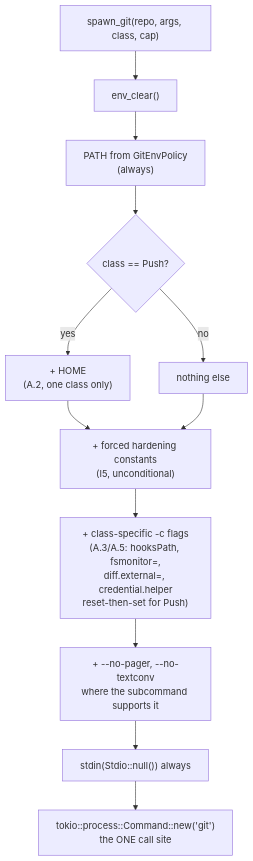
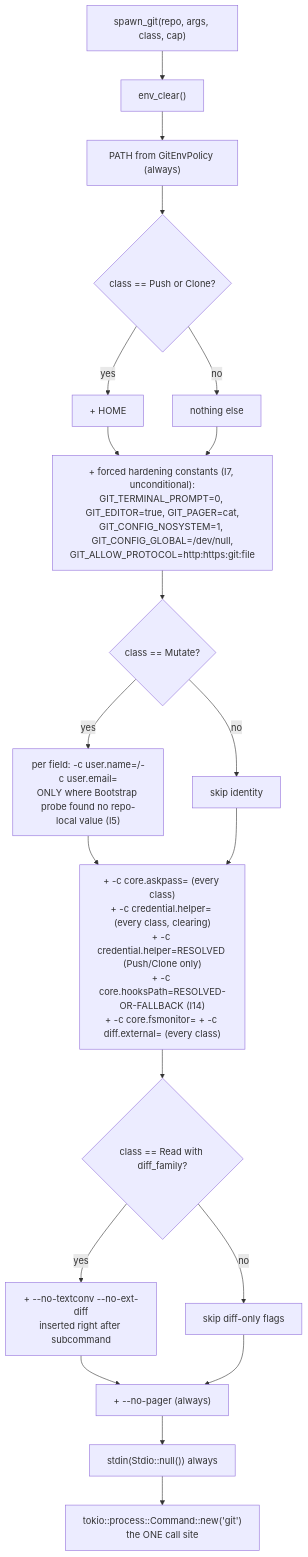
The second of 6 diagrams in docs/superpowers/specs/2026-07-27-m1.13-git-process-policy-design.md (tom2025b/git-vista), drawn with Mermaid before and after one commit. The commit also changed other lines of this file, not shown here.

````diff
--- a/docs/superpowers/specs/2026-07-27-m1.13-git-process-policy-design.md
+++ b/docs/superpowers/specs/2026-07-27-m1.13-git-process-policy-design.md
@@ -183,14 +316,22 @@
 ```mermaid
 flowchart TD
     A["spawn_git(repo, args, class, cap)"] --> B["env_clear()"]
-    B --> C["PATH from GitEnvPolicy<br/>(always)"]
-    C --> D{"class == Push?"}
-    D -- yes --> E["+ HOME<br/>(A.2, one class only)"]
+    B --> C["PATH from GitEnvPolicy (always)"]
+    C --> D{"class == Push or Clone?"}
+    D -- yes --> E["+ HOME"]
     D -- no --> F["nothing else"]
-    E --> G["+ forced hardening constants<br/>(I5, unconditional)"]
+    E --> G["+ forced hardening constants (I7, unconditional):<br/>GIT_TERMINAL_PROMPT=0, GIT_EDITOR=true, GIT_PAGER=cat,<br/>GIT_CONFIG_NOSYSTEM=1, GIT_CONFIG_GLOBAL=/dev/null,<br/>GIT_ALLOW_PROTOCOL=http:https:git:file"]
     F --> G
-    G --> H["+ class-specific -c flags<br/>(A.3/A.5: hooksPath, fsmonitor=,<br/>diff.external=, credential.helper<br/>reset-then-set for Push)"]
-    H --> I["+ --no-pager, --no-textconv<br/>where the subcommand supports it"]
-    I --> J["stdin(Stdio::null()) always"]
-    J --> K["tokio::process::Command::new('git')<br/>the ONE call site"]
+    G --> H{"class == Mutate?"}
+    H -- yes --> I["per field: -c user.name=/-c user.email=<br/>ONLY where Bootstrap probe found no repo-local value (I5)"]
+    H -- no --> J["skip identity"]
+    I --> K["+ -c core.askpass= (every class)<br/>+ -c credential.helper= (every class, clearing)<br/>+ -c credential.helper=RESOLVED (Push/Clone only)<br/>+ -c core.hooksPath=RESOLVED-OR-FALLBACK (I14)<br/>+ -c core.fsmonitor= + -c diff.external= (every class)"]
+    J --> K
+    K --> L{"class == Read with diff_family?"}
+    L -- yes --> M["+ --no-textconv --no-ext-diff<br/>inserted right after subcommand"]
+    L -- no --> N["skip diff-only flags"]
+    M --> O["+ --no-pager (always)"]
+    N --> O
+    O --> P["stdin(Stdio::null()) always"]
+    P --> Q["tokio::process::Command::new('git')<br/>the ONE call site"]
 ```
````
